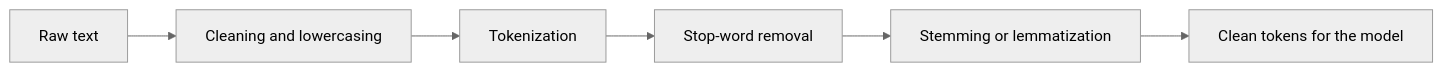
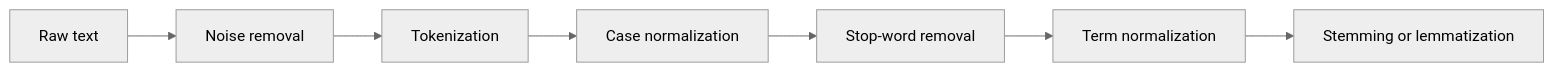
Before and after one commit to TrendySloth1001/sem-seven-notes: the diagram in content/natural-language-processing/pyq/2025-05/q4b.mdx, drawn with Mermaid (neutral theme). The commit also changed other lines of this file and 406 other files, not shown here.

````diff
--- a/content/natural-language-processing/pyq/2025-05/q4b.mdx
+++ b/content/natural-language-processing/pyq/2025-05/q4b.mdx
@@ -9,9 +11,10 @@
 ```mermaid
-%% caption: A typical preprocessing pipeline. Each box takes the output of the one before it.
+%% caption: The text processing pipeline. Raw text goes in; clean terms ready for indexing come out.
 flowchart LR
-  A["Raw text"] --> B["Cleaning and lowercasing"]
+  A["Raw text"] --> B["Noise removal"]
   B --> C["Tokenization"]
-  C --> D["Stop-word removal"]
-  D --> E["Stemming or lemmatization"]
-  E --> F["Clean tokens for the model"]
+  C --> D["Case normalization"]
+  D --> E["Stop-word removal"]
+  E --> F["Term normalization"]
+  F --> G["Stemming or lemmatization"]
 ```
````
